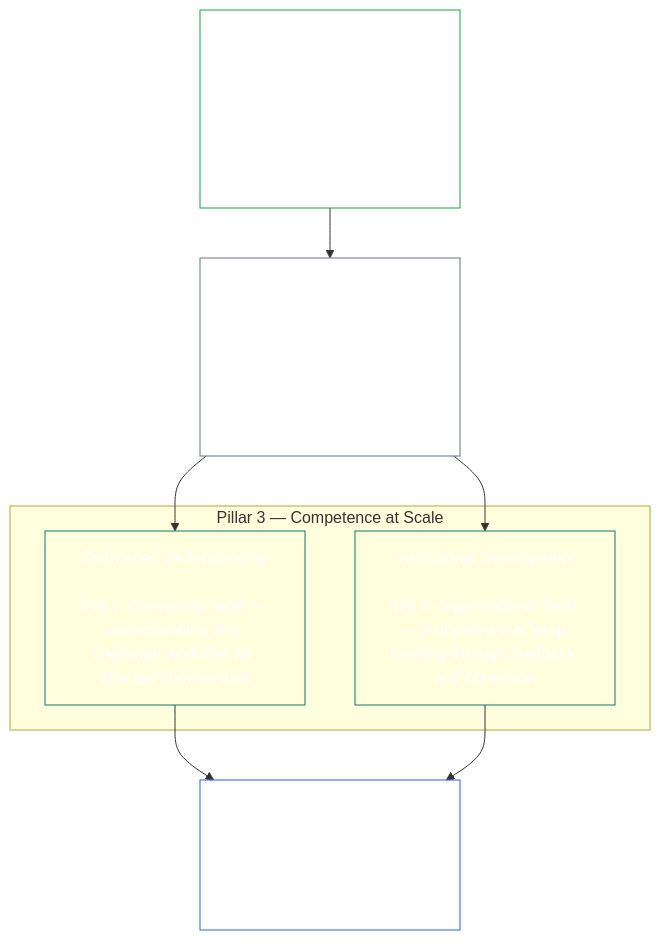
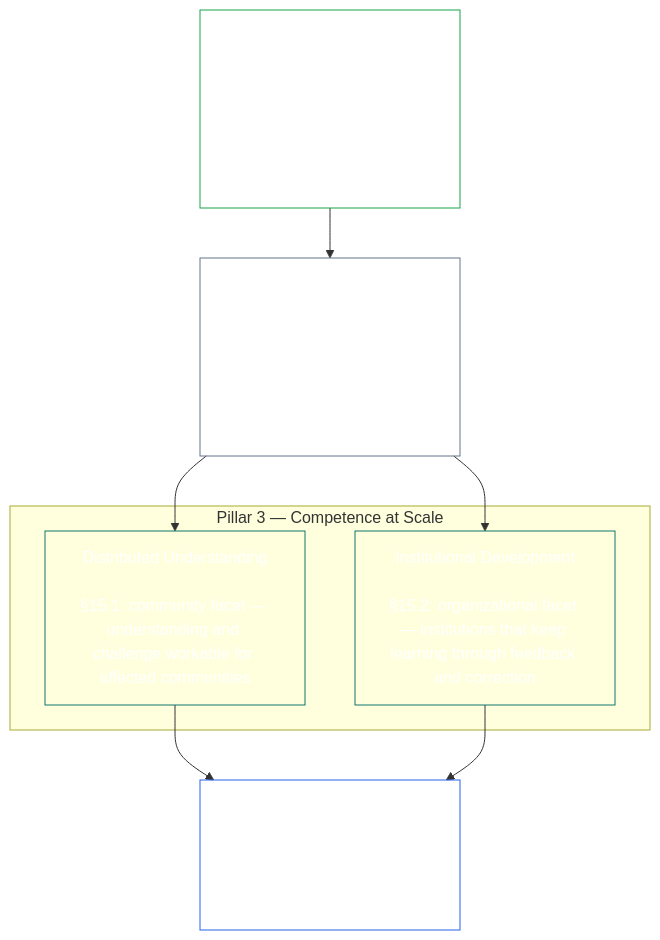
The first of 3 diagrams in core_02.040_stewardship_capacity_principles.md (kfoelsch/Sentient_Constitution), drawn with Mermaid before and after one commit. The commit also changed other lines of this file and 189 other files, not shown here.

````diff
--- a/core_02.040_stewardship_capacity_principles.md
+++ b/core_02.040_stewardship_capacity_principles.md
@@ -136,17 +136,17 @@
 ```mermaid
 flowchart TB
-    P1["Pillar 1 — Consequential Stewardship<br/><br/>§17: hands-on operation, maintenance, oversight, and improvement of material systems"]
+    P1["Pillar 1 — Consequential Stewardship<br/><br/>§16: hands-on operation, maintenance, oversight, and improvement of material systems"]
     P2["Pillar 2 — Proactive Stewardship<br/><br/>Catch trouble early, raise it on time for the role, and start fixing it without avoidable delay"]
     subgraph P3G["Pillar 3 — Competence at Scale"]
-        P3a["Distributed Understanding<br/><br/>§16.1: community facet — understanding and challenge workable for affected communities"]
-        P3b["Institutional Development<br/><br/>§16.2: organizational facet — institutions that keep learning through feedback and correction"]
+        P3a["Distributed Understanding<br/><br/>§15.1: community facet — understanding and challenge workable for affected communities"]
+        P3b["Institutional Development<br/><br/>§15.2: organizational facet — institutions that keep learning through feedback and correction"]
     end
     TETRAD["Constitutional Tetrad<br/><br/>Participation, Oversight, and Timeliness legs, scaled to material stake"]
     P1 --> P2 --> P3a --> TETRAD
     P2 --> P3b --> TETRAD
     style P1 fill:none,stroke:#16a34a,color:#ffffff
     style P2 fill:none,stroke:#64748b,color:#ffffff
     style P3a fill:none,stroke:#0f766e,color:#ffffff
     style P3b fill:none,stroke:#0f766e,color:#ffffff
     style TETRAD fill:none,stroke:#2563eb,color:#ffffff
 ```
````
